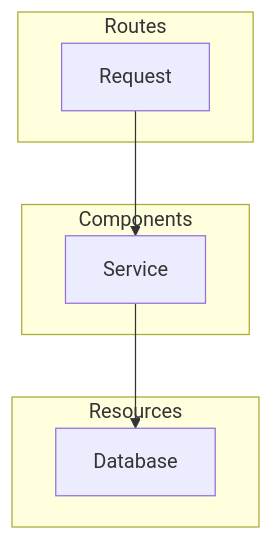
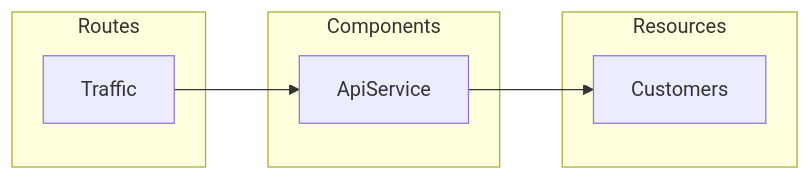
One commit to noop-inc/documentation changed the diagram in docs/Applications.md. Above: the diagram before and after it, drawn with Mermaid. The commit also changed other lines of this file and 19 other files, not shown here.

````diff
--- a/docs/Applications.md
+++ b/docs/Applications.md
@@ -8,12 +12,12 @@
 ```mermaid
-flowchart TD
+flowchart LR
   subgraph Routes
-    Request
+    Traffic
   end
   subgraph Components
-    Request-->Service
+    Traffic-->ApiService
   end
   subgraph Resources
-    Service-->Database
+    ApiService-->Customers
   end
 ```
````
